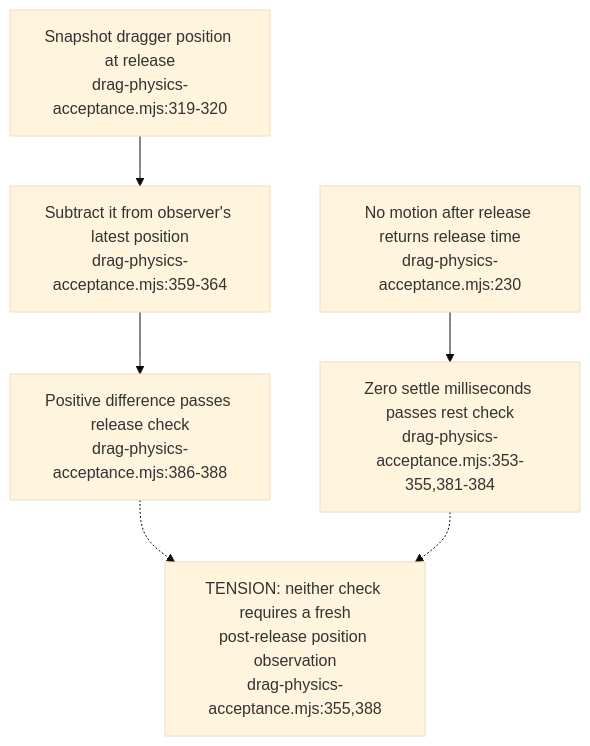
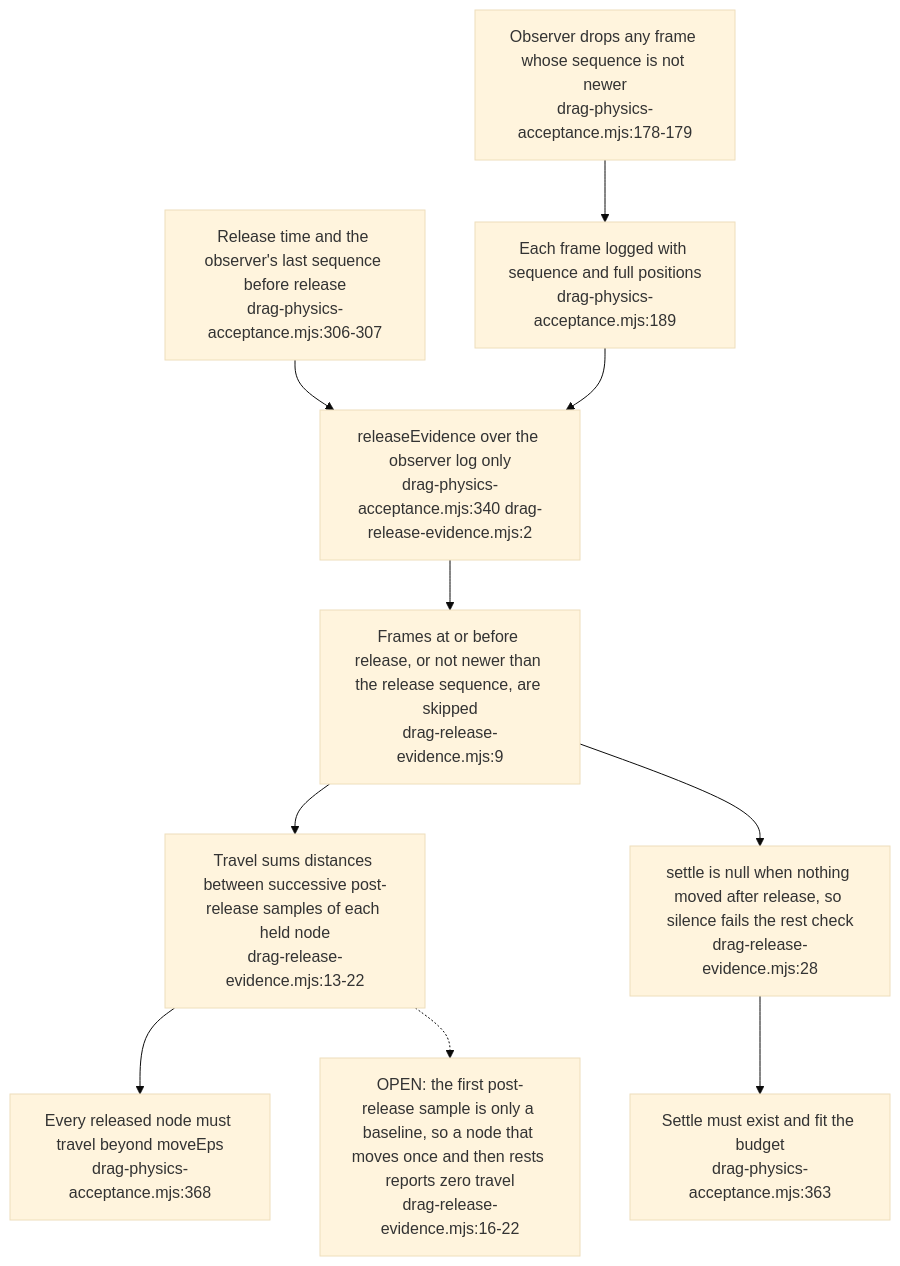
Before and after one commit to DreamLab-AI/VisionFlow: the fourth of 7 diagrams in docs/diagrams/visionclaw/52-drag-holds-and-observation-gates.md, drawn with Mermaid (base theme). The commit also changed other lines of this file and 56 other files, not shown here.

First line of the commit message:
docs(diagrams): re-verify VisionClaw topics at ec785afa9, add VC-19/56/57 and the VisionClaw register

````diff
--- a/docs/diagrams/visionclaw/52-drag-holds-and-observation-gates.md
+++ b/docs/diagrams/visionclaw/52-drag-holds-and-observation-gates.md
@@ -91,8 +91,12 @@
 ```mermaid
 flowchart TD
-    A["Snapshot dragger position at release<br/>drag-physics-acceptance.mjs:319-320"] --> DELTA["Subtract it from observer's latest position<br/>drag-physics-acceptance.mjs:359-364"]
-    DELTA --> PASS["Positive difference passes release check<br/>drag-physics-acceptance.mjs:386-388"]
-    QUIET["No motion after release returns release time<br/>drag-physics-acceptance.mjs:230"] --> REST["Zero settle milliseconds passes rest check<br/>drag-physics-acceptance.mjs:353-355,381-384"]
-    PASS -.-> GAP["TENSION: neither check requires a fresh<br/>post-release position observation<br/>drag-physics-acceptance.mjs:355,388"]
-    REST -.-> GAP
+    ORD["Observer drops any frame whose sequence is not newer<br/>drag-physics-acceptance.mjs:178-179"] --> LOG["Each frame logged with sequence and full positions<br/>drag-physics-acceptance.mjs:189"]
+    REL["Release time and the observer's last sequence before release<br/>drag-physics-acceptance.mjs:306-307"] --> EV["releaseEvidence over the observer log only<br/>drag-physics-acceptance.mjs:340 drag-release-evidence.mjs:2"]
+    LOG --> EV
+    EV --> SKIP["Frames at or before release, or not newer than the release sequence, are skipped<br/>drag-release-evidence.mjs:9"]
+    SKIP --> TRAV["Travel sums distances between successive post-release samples of each held node<br/>drag-release-evidence.mjs:13-22"]
+    SKIP --> SET["settle is null when nothing moved after release, so silence fails the rest check<br/>drag-release-evidence.mjs:28"]
+    TRAV --> PASS["Every released node must travel beyond moveEps<br/>drag-physics-acceptance.mjs:368"]
+    SET --> REST["Settle must exist and fit the budget<br/>drag-physics-acceptance.mjs:363"]
+    TRAV -.-> OPEN1["OPEN: the first post-release sample is only a baseline, so a node that moves once and then rests reports zero travel<br/>drag-release-evidence.mjs:16-22"]
 ```
````
